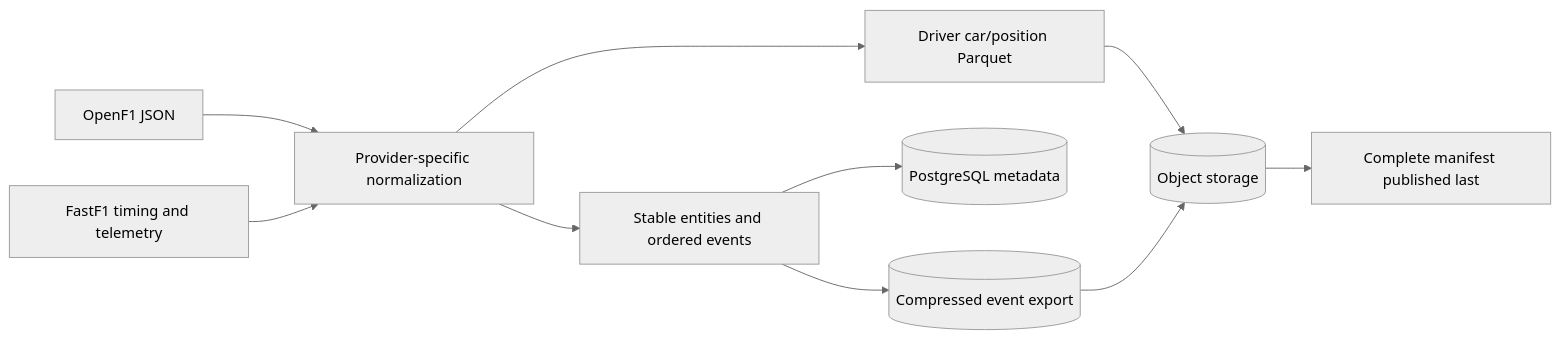
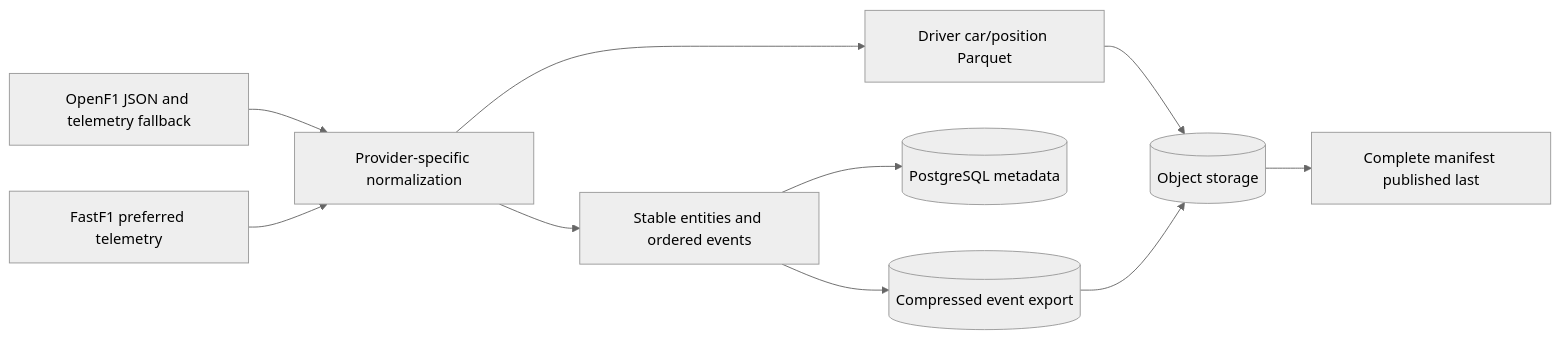
The diagram in docs/data-sources.md (mohika05/pitwall), drawn with Mermaid (neutral theme) before and after one commit. The commit also changed other lines of this file and 11 other files, not shown here.

````diff
--- a/docs/data-sources.md
+++ b/docs/data-sources.md
@@ -20,12 +25,12 @@
 ```mermaid
 flowchart LR
-    O[OpenF1 JSON] --> N[Provider-specific normalization]
-    F[FastF1 timing and telemetry] --> N
+    O[OpenF1 JSON and telemetry fallback] --> N[Provider-specific normalization]
+    F[FastF1 preferred telemetry] --> N
     N --> E[Stable entities and ordered events]
     N --> P[Driver car/position Parquet]
     E --> DB[(PostgreSQL metadata)]
     E --> GZ[(Compressed event export)]
     P --> OBJ[(Object storage)]
     GZ --> OBJ
     OBJ --> M[Complete manifest published last]
 ```
````
